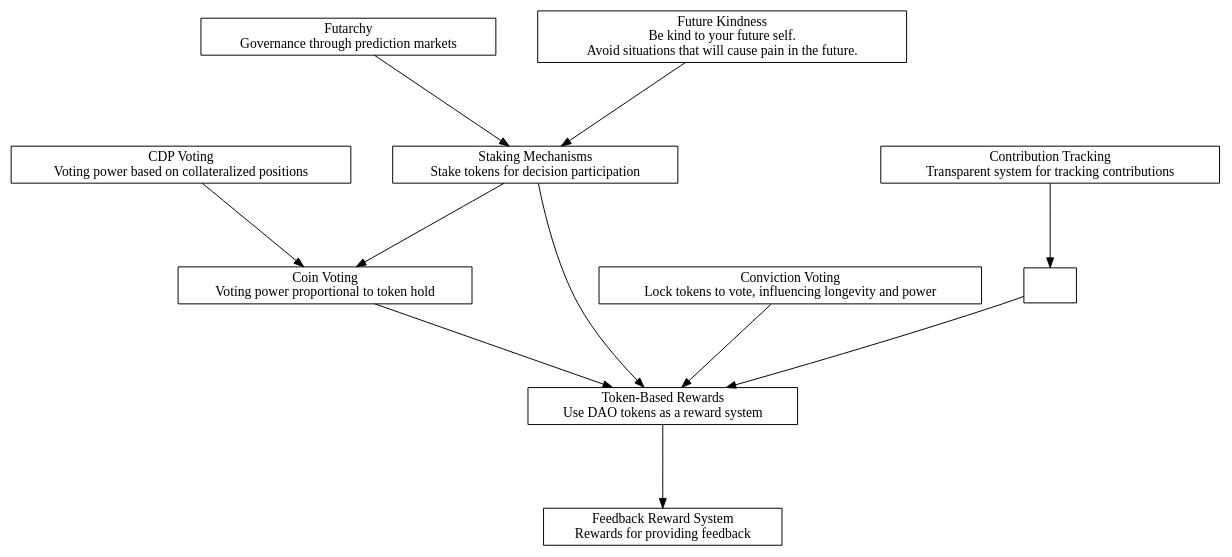
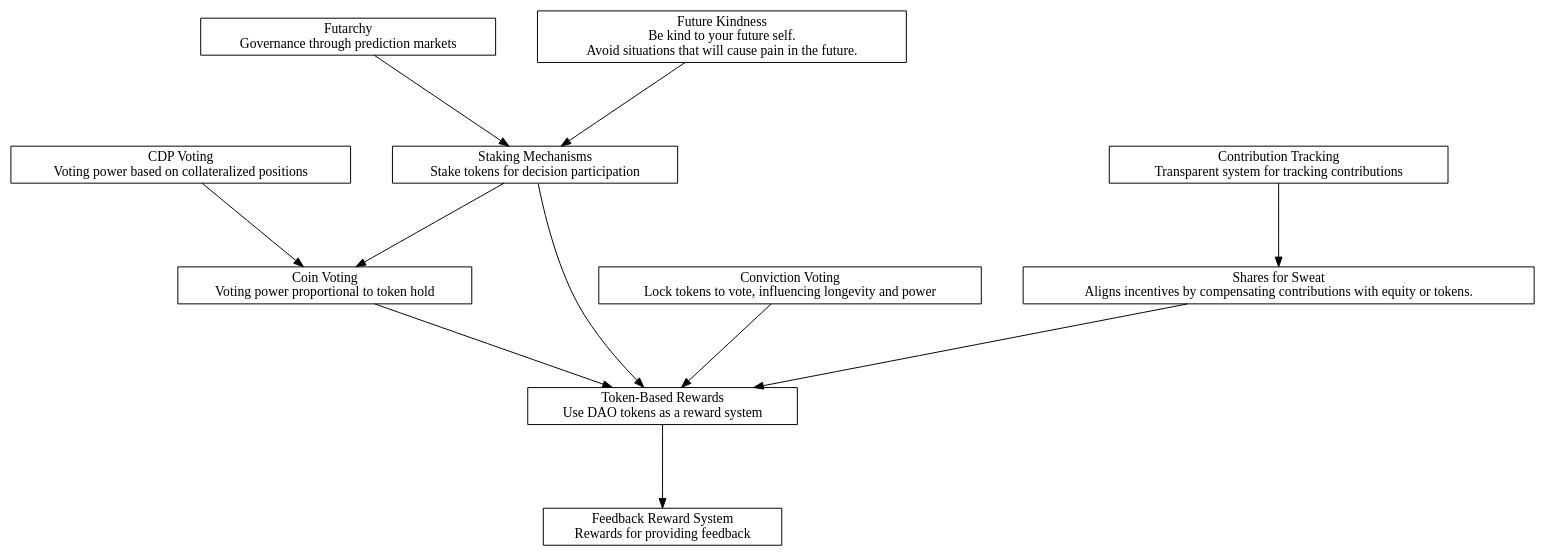
Before and after one commit to icdevsorg/icdevs_dao_lang: the diagram in content/patterns/output/feedback_reward_system_all_predecessors_graph.dot, drawn with Graphviz. The commit also changed 392 other files, not shown here.

```diff
--- a/content/patterns/output/feedback_reward_system_all_predecessors_graph.dot
+++ b/content/patterns/output/feedback_reward_system_all_predecessors_graph.dot
@@ -1,29 +1,29 @@
 digraph "" {
 	graph [nodesep=0.6,
 		rankdir=TB,
 		ranksep=1.2
 	];
 	node [label="\N",
 		shape=box
 	];
 	"Feedback Reward System"	[label="Feedback Reward System\nRewards for providing feedback"];
 	"Token-Based Rewards"	[label="Token-Based Rewards\nUse DAO tokens as a reward system"];
 	"Token-Based Rewards" -> "Feedback Reward System";
 	"Staking Mechanisms"	[label="Staking Mechanisms\nStake tokens for decision participation"];
 	"Staking Mechanisms" -> "Token-Based Rewards";
 	"Coin Voting"	[label="Coin Voting\nVoting power proportional to token hold"];
 	"Staking Mechanisms" -> "Coin Voting";
 	"Coin Voting" -> "Token-Based Rewards";
 	"Conviction Voting"	[label="Conviction Voting\nLock tokens to vote, influencing longevity and power"];
 	"Conviction Voting" -> "Token-Based Rewards";
-	"Shares for Sweat"	[label=""];
+	"Shares for Sweat"	[label="Shares for Sweat\nAligns incentives by compensating contributions with equity or tokens.\n"];
 	"Shares for Sweat" -> "Token-Based Rewards";
 	"Contribution Tracking"	[label="Contribution Tracking\nTransparent system for tracking contributions"];
 	"Contribution Tracking" -> "Shares for Sweat";
 	"CDP Voting"	[label="CDP Voting\nVoting power based on collateralized positions"];
 	"CDP Voting" -> "Coin Voting";
 	Futarchy	[label="Futarchy\nGovernance through prediction markets"];
 	Futarchy -> "Staking Mechanisms";
 	"Future Kindness"	[label="Future Kindness\nBe kind to your future self.\n Avoid situations that will cause pain in the future."];
 	"Future Kindness" -> "Staking Mechanisms";
 }
```
